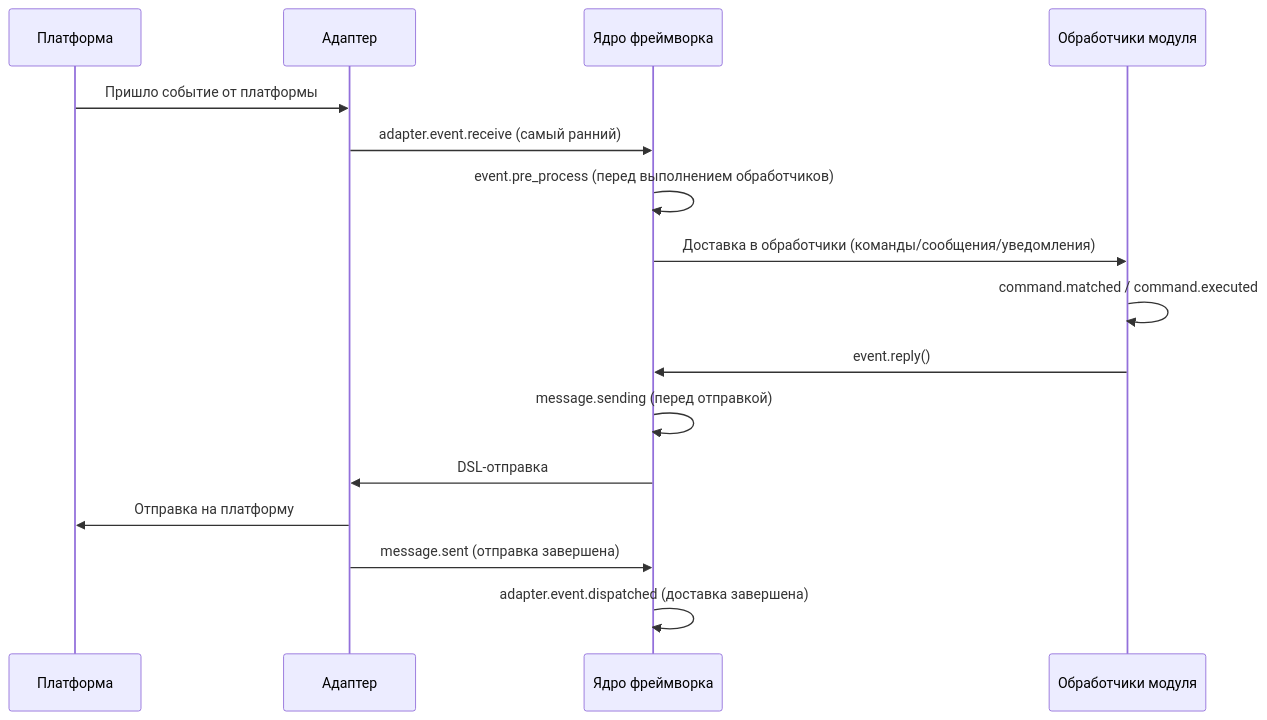
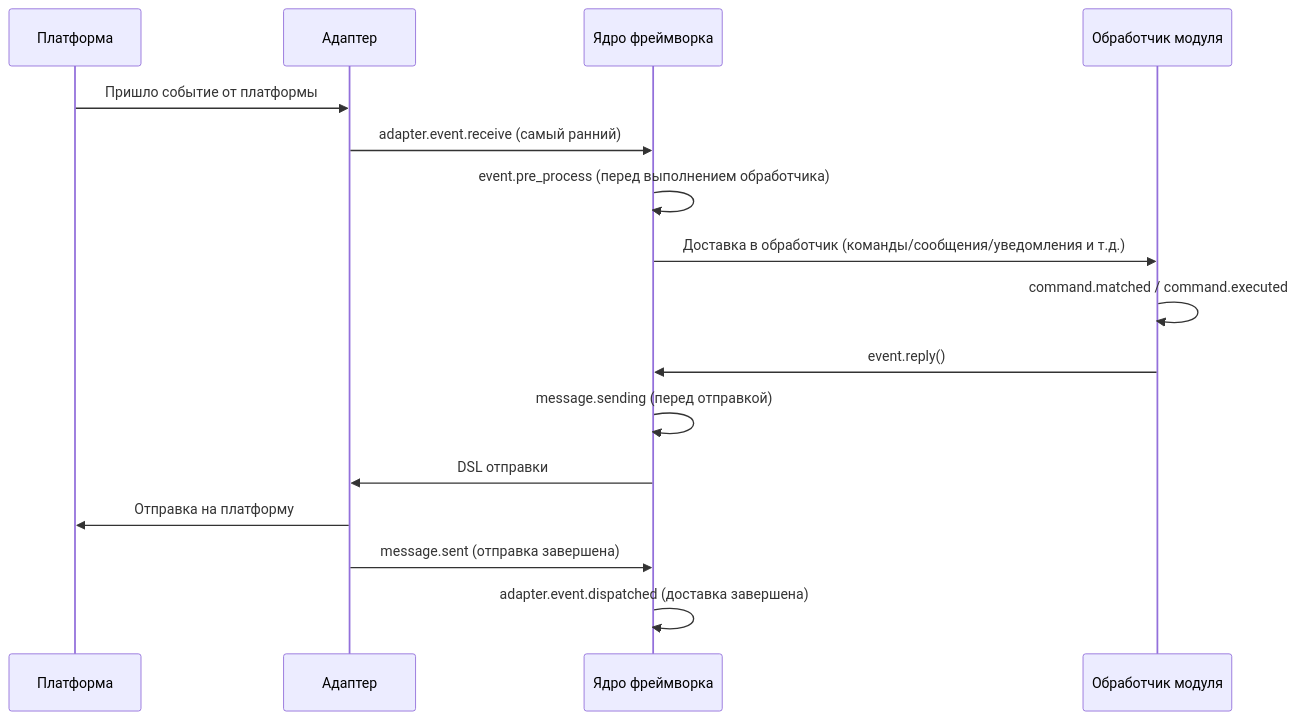
The diagram in docs/ru/advanced/lifecycle.md (ErisPulse/ErisPulse), drawn with Mermaid before and after one commit. The commit also changed other lines of this file and 79 other files, not shown here.

````diff
--- a/docs/ru/advanced/lifecycle.md
+++ b/docs/ru/advanced/lifecycle.md
@@ -117,19 +117,19 @@
 ```mermaid
 sequenceDiagram
     participant P as Платформа
     participant A as Адаптер
     participant F as Ядро фреймворка
-    participant M as Обработчики модуля
+    participant M as Обработчик модуля
 
     P->>A: Пришло событие от платформы
     A->>F: adapter.event.receive (самый ранний)
-    F->>F: event.pre_process (перед выполнением обработчиков)
-    F->>M: Доставка в обработчики (команды/сообщения/уведомления)
+    F->>F: event.pre_process (перед выполнением обработчика)
+    F->>M: Доставка в обработчик (команды/сообщения/уведомления и т.д.)
     M->>M: command.matched / command.executed
     M->>F: event.reply()
     F->>F: message.sending (перед отправкой)
-    F->>A: DSL-отправка
+    F->>A: DSL отправки
     A->>P: Отправка на платформу
     A->>F: message.sent (отправка завершена)
     F->>F: adapter.event.dispatched (доставка завершена)
 ```
````
